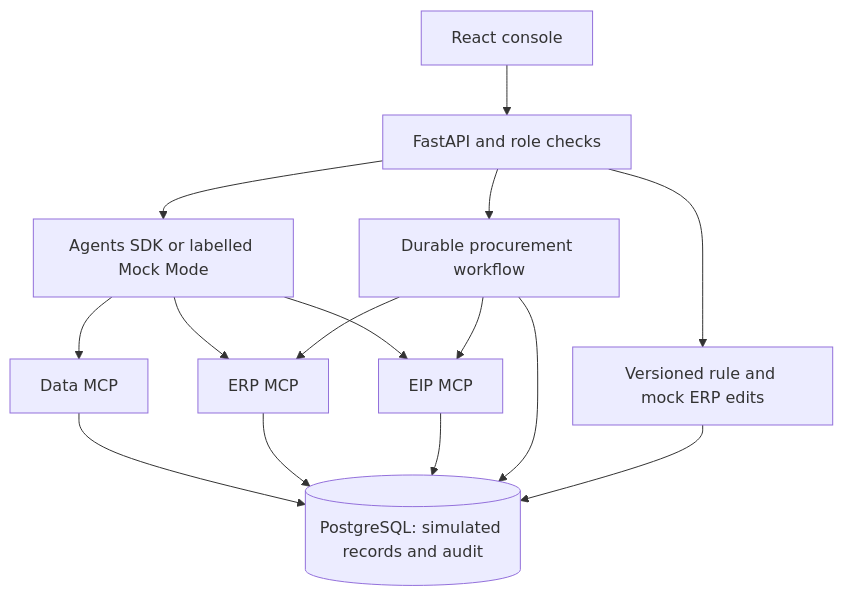
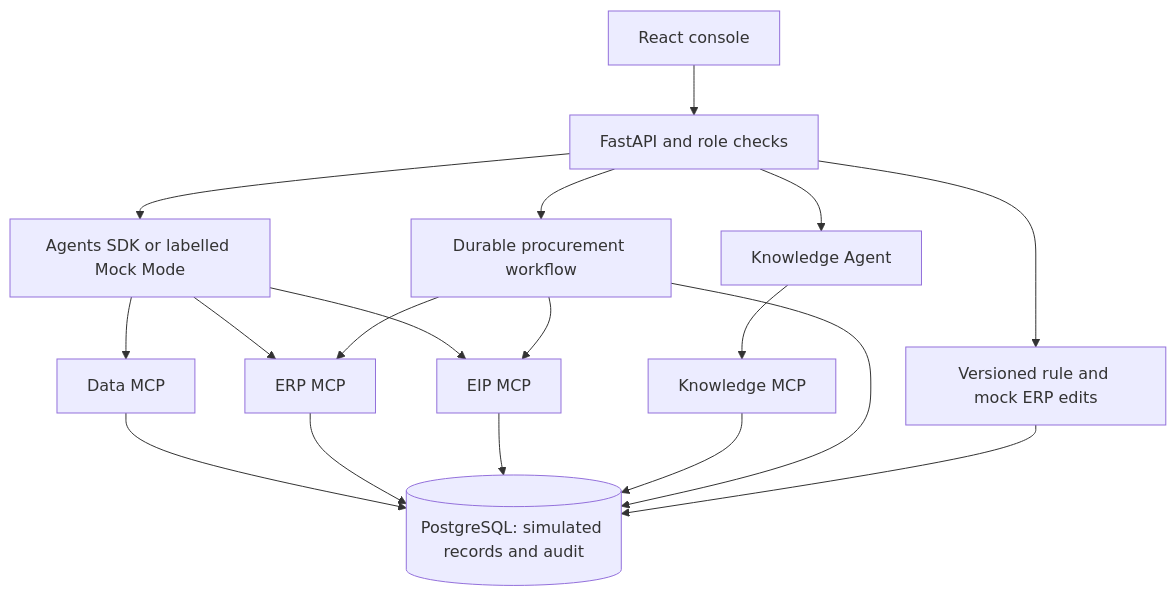
One commit to 3pwei/enterprise-ai-operations-hub- changed the diagram in README.md. Above: the diagram before and after it, drawn with Mermaid. The commit also changed other lines of this file and 39 other files, not shown here.

````diff
--- a/README.md
+++ b/README.md
@@ -20,15 +21,18 @@
 ```mermaid
 flowchart TD
   UI[React console] --> API[FastAPI and role checks]
   API --> Agent[Agents SDK or labelled Mock Mode]
   Agent --> Data[Data MCP]
   Agent --> ERP[ERP MCP]
   Agent --> EIP[EIP MCP]
   Data & ERP & EIP --> DB[(PostgreSQL: simulated records and audit)]
+  API --> Knowledge[Knowledge Agent]
+  Knowledge --> KMCP[Knowledge MCP]
+  KMCP --> DB
   API --> WF[Durable procurement workflow]
   WF --> ERP
   WF --> EIP
   WF --> DB
   API --> Catalog[Versioned rule and mock ERP edits]
   Catalog --> DB
 ```
````
